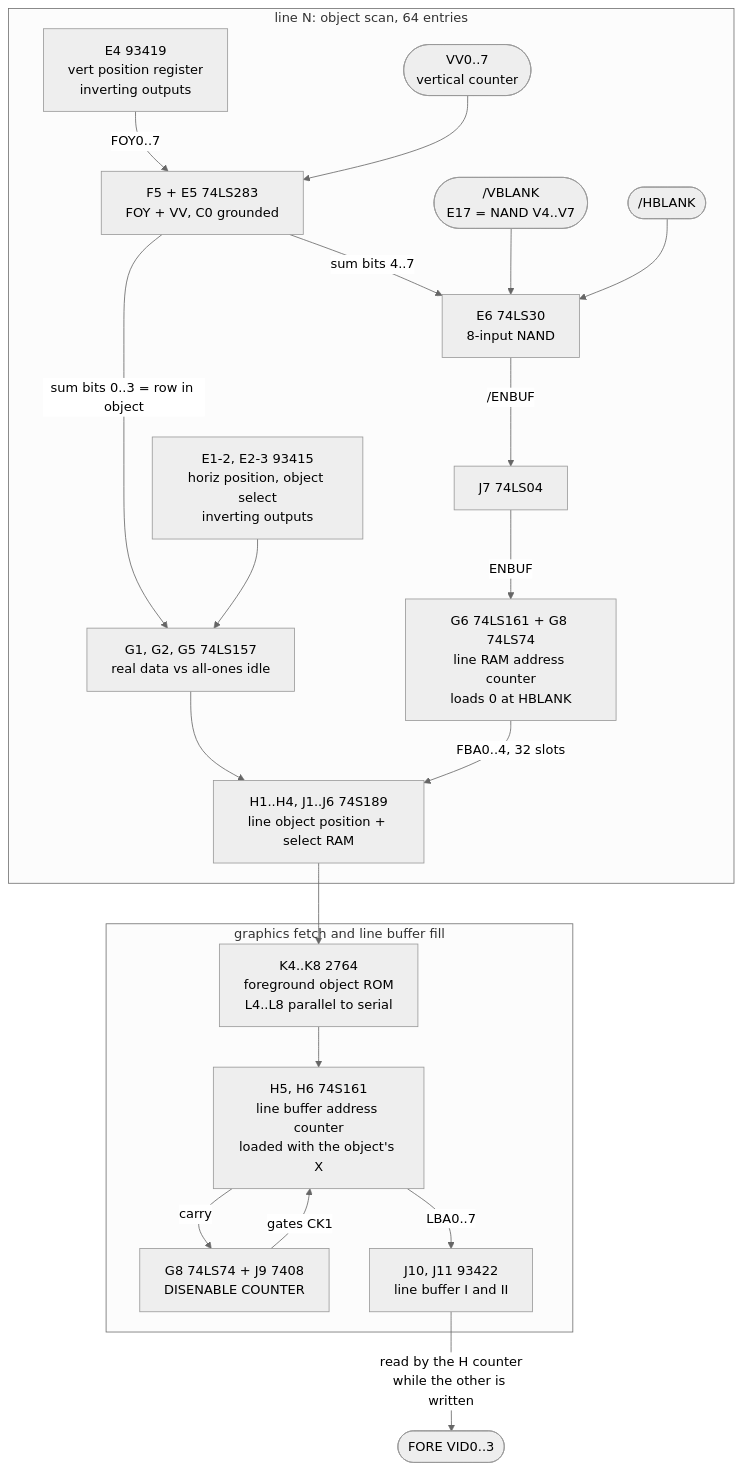
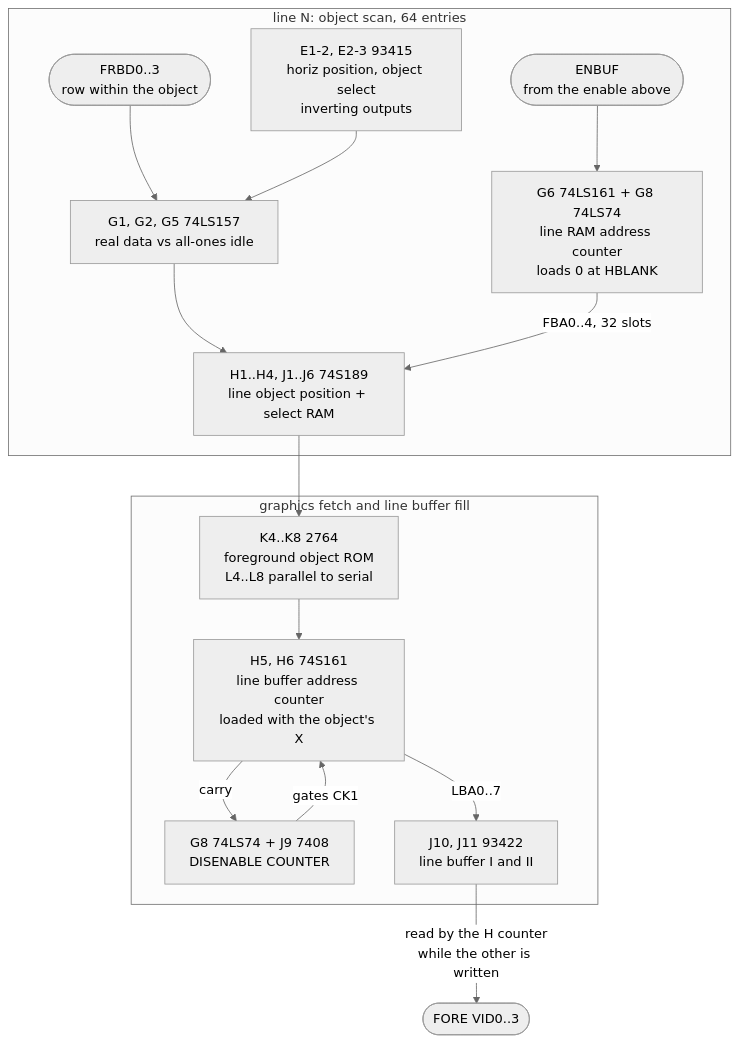
Before and after one commit to patsoffice/phosphor-emulator: the diagram in docs/schematics/qbert-object-enable.md, drawn with Mermaid (neutral theme). The commit also changed other lines of this file and 5 other files, not shown here.

````diff
--- a/docs/schematics/qbert-object-enable.md
+++ b/docs/schematics/qbert-object-enable.md
@@ -30,24 +51,18 @@
 ```mermaid
 flowchart TB
   subgraph scan["line N: object scan, 64 entries"]
-    E4["E4 93419<br/>vert position register<br/>inverting outputs"] -->|"FOY0..7"| ADD
-    VV(["VV0..7<br/>vertical counter"]) --> ADD
-    ADD["F5 + E5 74LS283<br/>FOY + VV, C0 grounded"] -->|"sum bits 4..7"| E6
-    VB(["/VBLANK<br/>E17 = NAND V4..V7"]) --> E6
-    HB(["/HBLANK"]) --> E6
-    E6["E6 74LS30<br/>8-input NAND"] -->|"/ENBUF"| J7["J7 74LS04"]
-    J7 -->|"ENBUF"| G6["G6 74LS161 + G8 74LS74<br/>line RAM address counter<br/>loads 0 at HBLANK"]
-    ADD -->|"sum bits 0..3 = row in object"| MUX
+    ENB(["ENBUF<br/>from the enable above"]) --> G6["G6 74LS161 + G8 74LS74<br/>line RAM address counter<br/>loads 0 at HBLANK"]
+    ROW(["FRBD0..3<br/>row within the object"]) --> MUX
     E12["E1-2, E2-3 93415<br/>horiz position, object select<br/>inverting outputs"] --> MUX
     MUX["G1, G2, G5 74LS157<br/>real data vs all-ones idle"] --> LRAM
     G6 -->|"FBA0..4, 32 slots"| LRAM["H1..H4, J1..J6 74S189<br/>line object position + select RAM"]
   end
   LRAM --> FETCH["K4..K8 2764<br/>foreground object ROM<br/>L4..L8 parallel to serial"]
   subgraph fill["graphics fetch and line buffer fill"]
     FETCH --> H56["H5, H6 74S161<br/>line buffer address counter<br/>loaded with the object's X"]
     H56 -->|"carry"| G8J9["G8 74LS74 + J9 7408<br/>DISENABLE COUNTER"]
     G8J9 -->|"gates CK1"| H56
     H56 -->|LBA0..7| LB["J10, J11 93422<br/>line buffer I and II"]
   end
   LB -->|"read by the H counter<br/>while the other is written"| OUT(["FORE VID0..3"])
 ```
````
